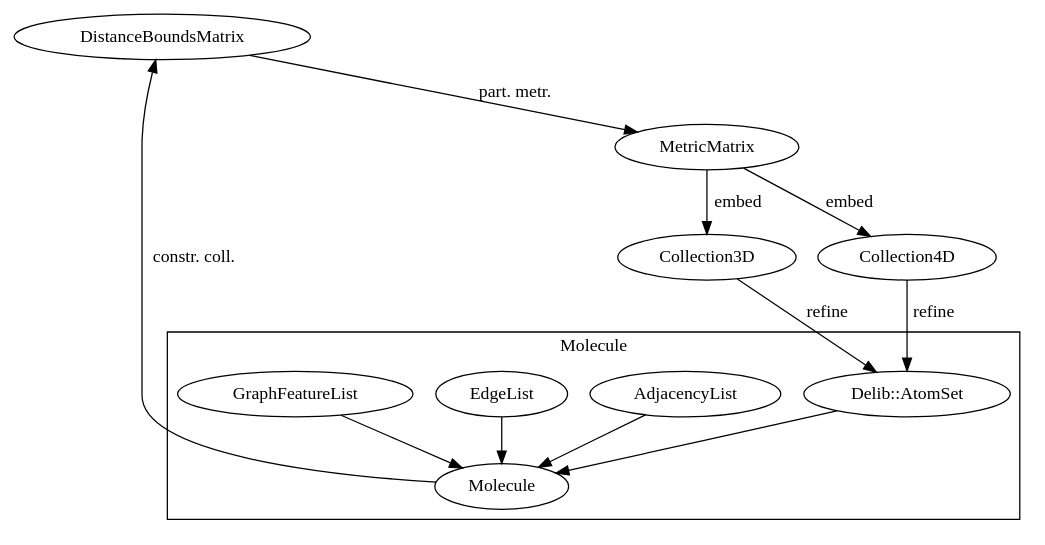
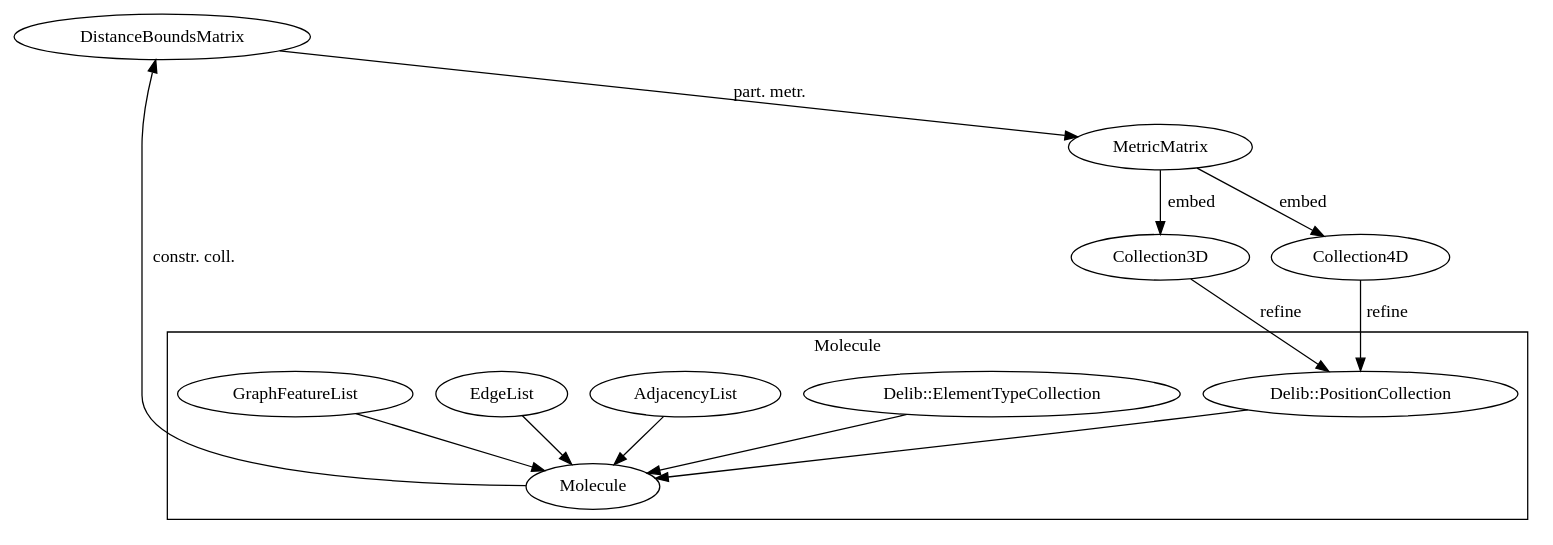
One commit to qcscine/molassembler changed the diagram in documents/dg.dot. Above: the diagram before and after it, drawn with Graphviz. The commit also changed 7 other files, not shown here.

```diff
--- a/documents/dg.dot
+++ b/documents/dg.dot
@@ -1,15 +1,16 @@
 digraph G {
   subgraph cluster_0 {
     label = "Molecule";
-    "Delib::AtomSet" -> "Molecule";
+    "Delib::PositionCollection" -> "Molecule";
+    "Delib::ElementTypeCollection" -> "Molecule";
     "AdjacencyList" -> "Molecule";
     "EdgeList" -> "Molecule";
     "GraphFeatureList" -> "Molecule";
   }
   "Molecule" -> "DistanceBoundsMatrix" [label="constr. coll."];
   "DistanceBoundsMatrix" -> "MetricMatrix" [label="part. metr."];
   "MetricMatrix" -> "Collection4D" [label="embed"];
   "MetricMatrix" -> "Collection3D" [label="embed"];
-  "Collection4D" -> "Delib::AtomSet" [label="refine"];
-  "Collection3D" -> "Delib::AtomSet" [label="refine"];
+  "Collection4D" -> "Delib::PositionCollection" [label="refine"];
+  "Collection3D" -> "Delib::PositionCollection" [label="refine"];
 }
```
